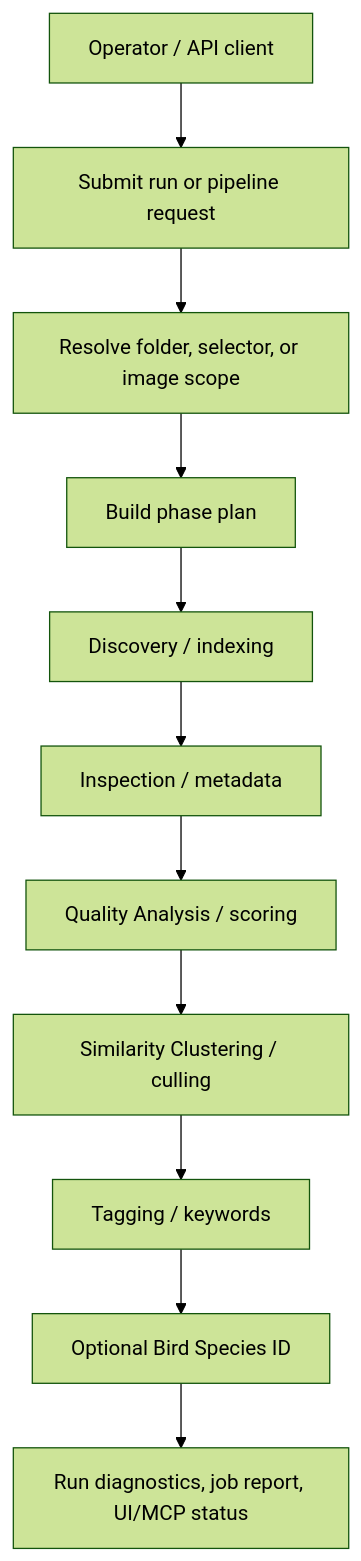
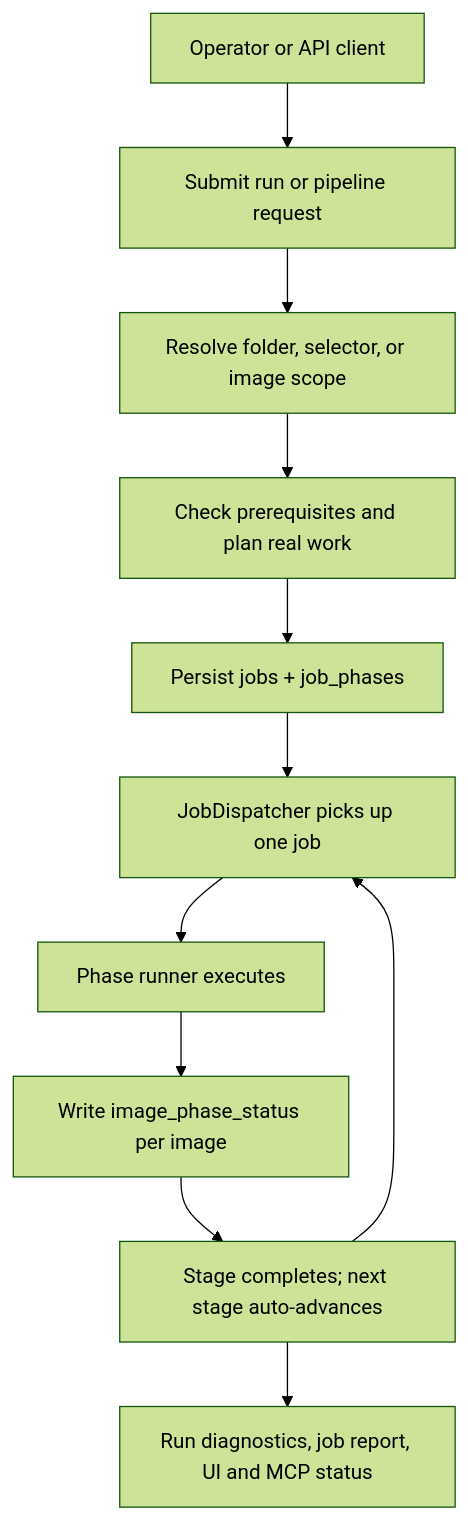
Before and after one commit to synthet/image-scoring-pipeline: the second of 2 diagrams in docs/architecture/pipeline-architecture.md, drawn with Mermaid (forest theme). The commit also changed other lines of this file and 27 other files, not shown here.

````diff
--- a/docs/architecture/pipeline-architecture.md
+++ b/docs/architecture/pipeline-architecture.md
@@ -26,13 +65,13 @@
 ```mermaid
 flowchart TD
-    User["Operator / API client"] --> Submit["Submit run or pipeline request"]
+    User["Operator or API client"] --> Submit["Submit run or pipeline request"]
     Submit --> Scope["Resolve folder, selector, or image scope"]
-    Scope --> Plan["Build phase plan"]
-    Plan --> Index["Discovery / indexing"]
-    Index --> Meta["Inspection / metadata"]
-    Meta --> Score["Quality Analysis / scoring"]
-    Score --> Cull["Similarity Clustering / culling"]
-    Cull --> Tag["Tagging / keywords"]
-    Tag --> OptionalBird["Optional Bird Species ID"]
-    OptionalBird --> Report["Run diagnostics, job report, UI/MCP status"]
+    Scope --> Gate["Check prerequisites and plan real work"]
+    Gate --> Plan["Persist jobs + job_phases"]
+    Plan --> Dispatch["JobDispatcher picks up one job"]
+    Dispatch --> Runner["Phase runner executes"]
+    Runner --> IPS["Write image_phase_status per image"]
+    IPS --> Advance["Stage completes; next stage auto-advances"]
+    Advance --> Dispatch
+    Advance --> Report["Run diagnostics, job report, UI and MCP status"]
 ```
````
